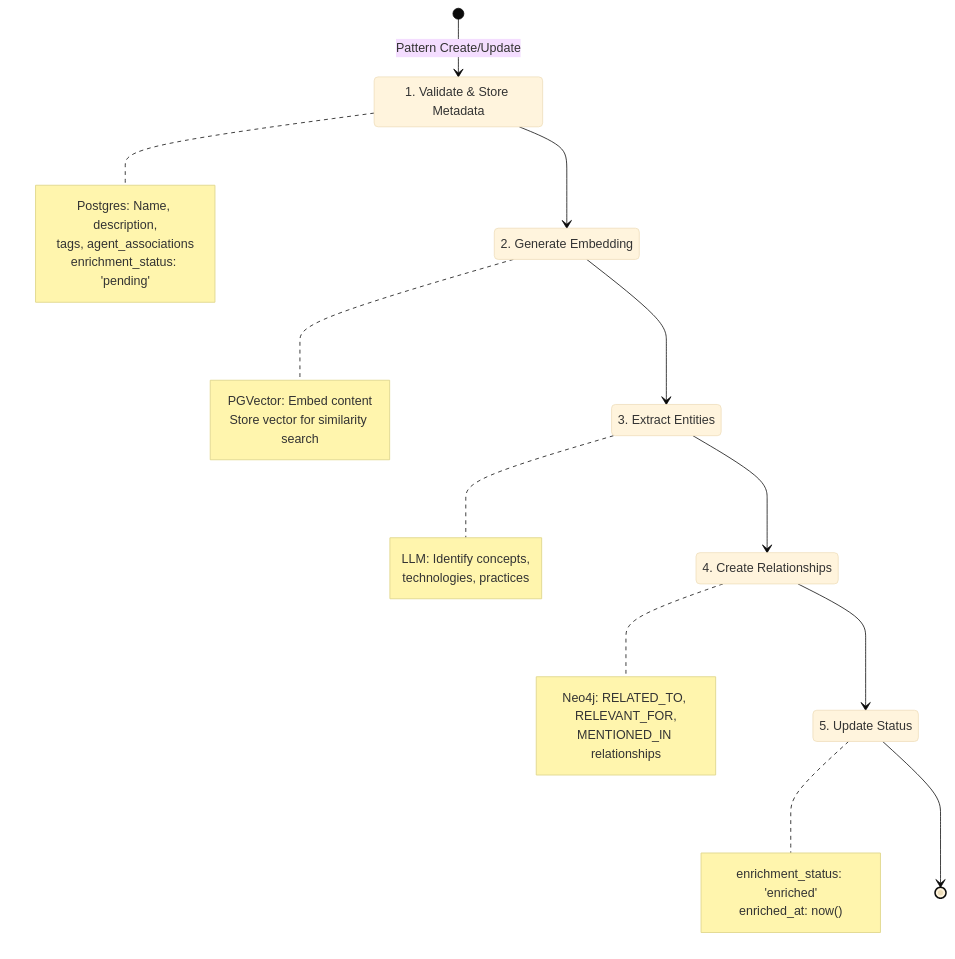
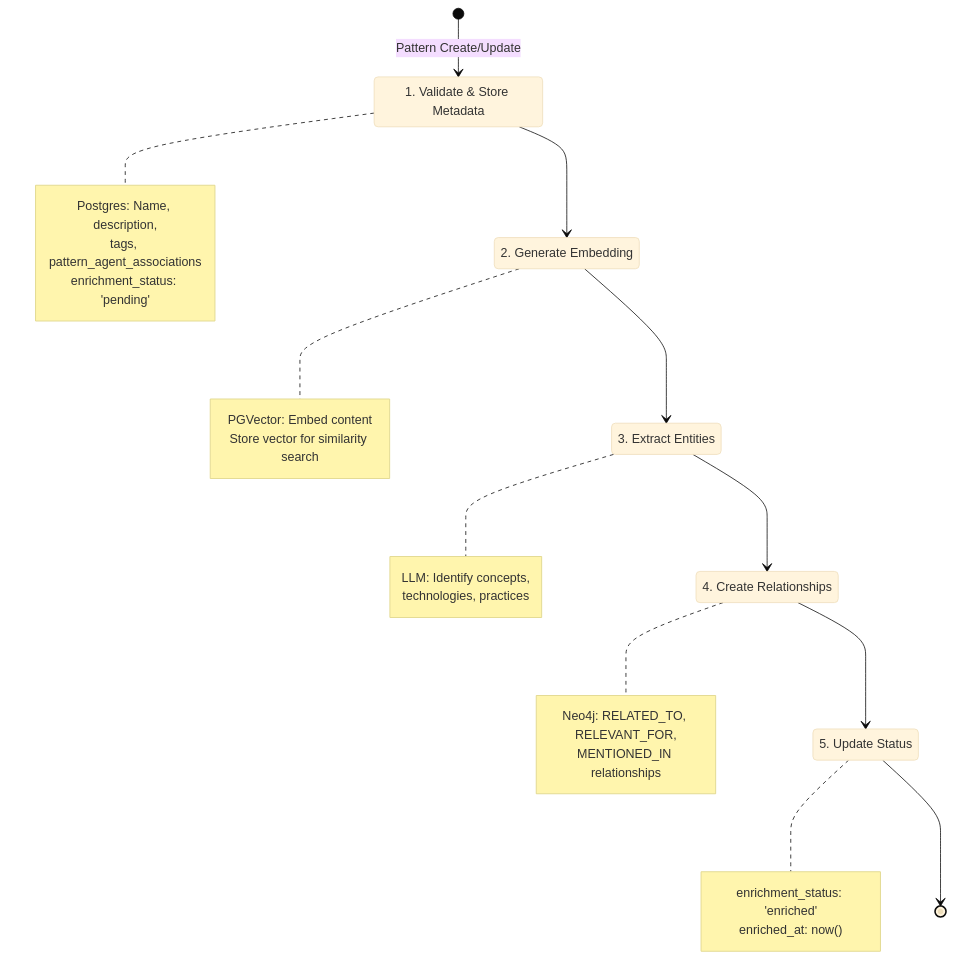
Before and after one commit to twistingmercury/mnemonic-mcp: the second of 6 diagrams in docs/design/pattern-processing.md, drawn with Mermaid (base theme). The commit also changed other lines of this file and 3 other files, not shown here.

````diff
--- a/docs/design/pattern-processing.md
+++ b/docs/design/pattern-processing.md
@@ -99,45 +101,45 @@
 ```mermaid
 stateDiagram-v2
     [*] --> ValidateAndStore: Pattern Create/Update
 
     state "1. Validate & Store Metadata" as ValidateAndStore
     note right of ValidateAndStore
         Postgres: Name, description,
-        tags, agent_associations
+        tags, pattern_agent_associations
         enrichment_status: 'pending'
     end note
 
     ValidateAndStore --> GenerateEmbedding
 
     state "2. Generate Embedding" as GenerateEmbedding
     note right of GenerateEmbedding
         PGVector: Embed content
         Store vector for similarity search
     end note
 
     GenerateEmbedding --> ExtractEntities
 
     state "3. Extract Entities" as ExtractEntities
     note right of ExtractEntities
         LLM: Identify concepts,
         technologies, practices
     end note
 
     ExtractEntities --> CreateRelationships
 
     state "4. Create Relationships" as CreateRelationships
     note right of CreateRelationships
         Neo4j: RELATED_TO, RELEVANT_FOR,
         MENTIONED_IN relationships
     end note
 
     CreateRelationships --> UpdateStatus
 
     state "5. Update Status" as UpdateStatus
     note right of UpdateStatus
         enrichment_status: 'enriched'
         enriched_at: now()
     end note
 
     UpdateStatus --> [*]
 ```
````
